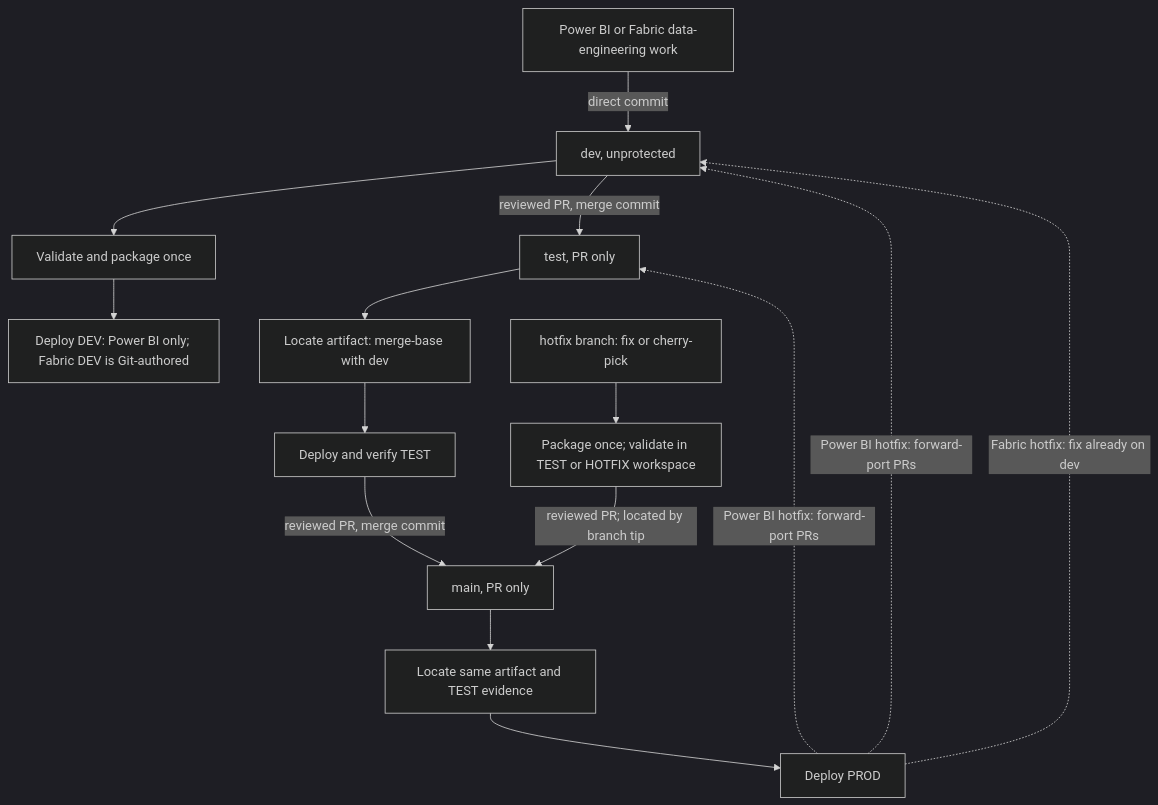
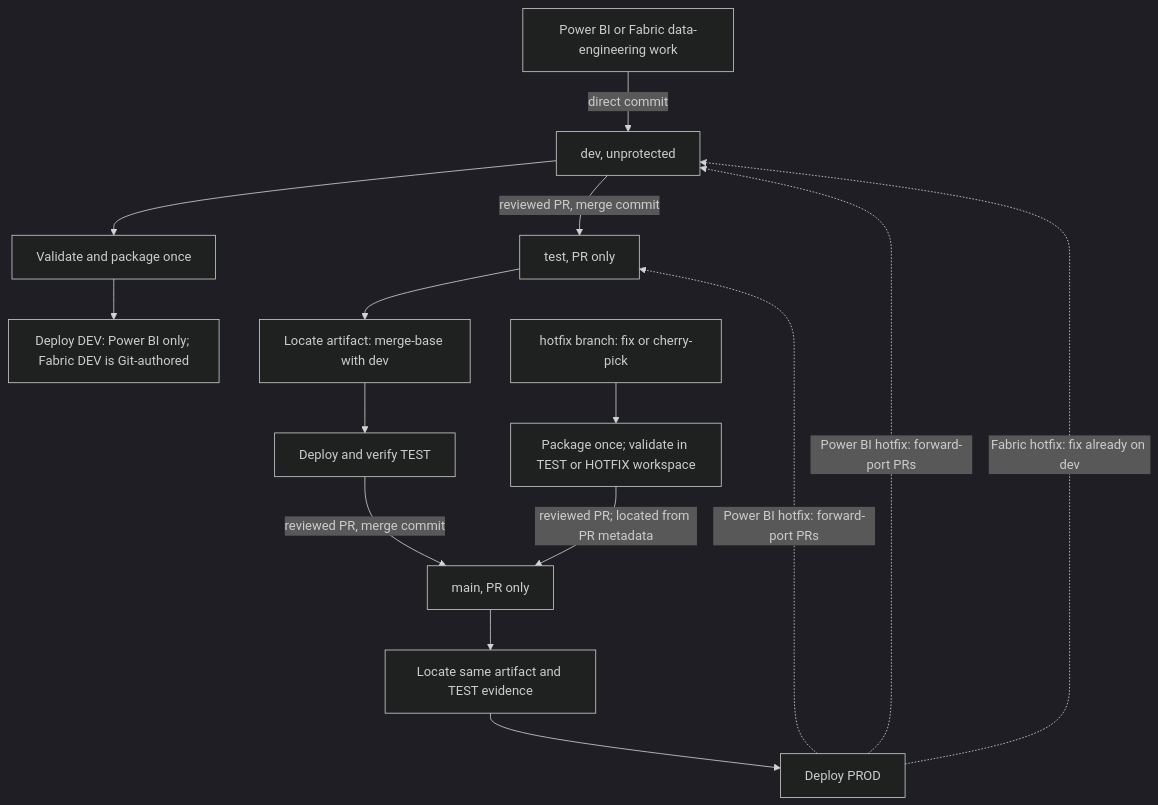
The second of 2 diagrams in openspec/changes/fin-2060-powerbi-cicd-lifecycle/design.md (YuriChadour/powerbi-agentic-plugins), drawn with Mermaid (dark theme) before and after one commit. The commit also changed other lines of this file and 3 other files, not shown here.

````diff
--- a/openspec/changes/fin-2060-powerbi-cicd-lifecycle/design.md
+++ b/openspec/changes/fin-2060-powerbi-cicd-lifecycle/design.md
@@ -91,17 +91,17 @@
 ```mermaid
 flowchart TD
     F[Power BI or Fabric data-engineering work] -->|direct commit| D[dev, unprotected]
     D --> V[Validate and package once]
     V --> DD[Deploy DEV: Power BI only; Fabric DEV is Git-authored]
     D -->|reviewed PR, merge commit| T[test, PR only]
     T --> L[Locate artifact: merge-base with dev]
     L --> TD[Deploy and verify TEST]
     TD -->|reviewed PR, merge commit| M[main, PR only]
     M --> L2[Locate same artifact and TEST evidence]
     L2 --> PD[Deploy PROD]
     H[hotfix branch: fix or cherry-pick] --> HV[Package once; validate in TEST or HOTFIX workspace]
-    HV -->|reviewed PR; located by branch tip| M
+    HV -->|reviewed PR; located from PR metadata| M
     PD -.->|Power BI hotfix: forward-port PRs| T
     PD -.->|Power BI hotfix: forward-port PRs| D
     PD -.->|Fabric hotfix: fix already on dev| D
 ```
````
